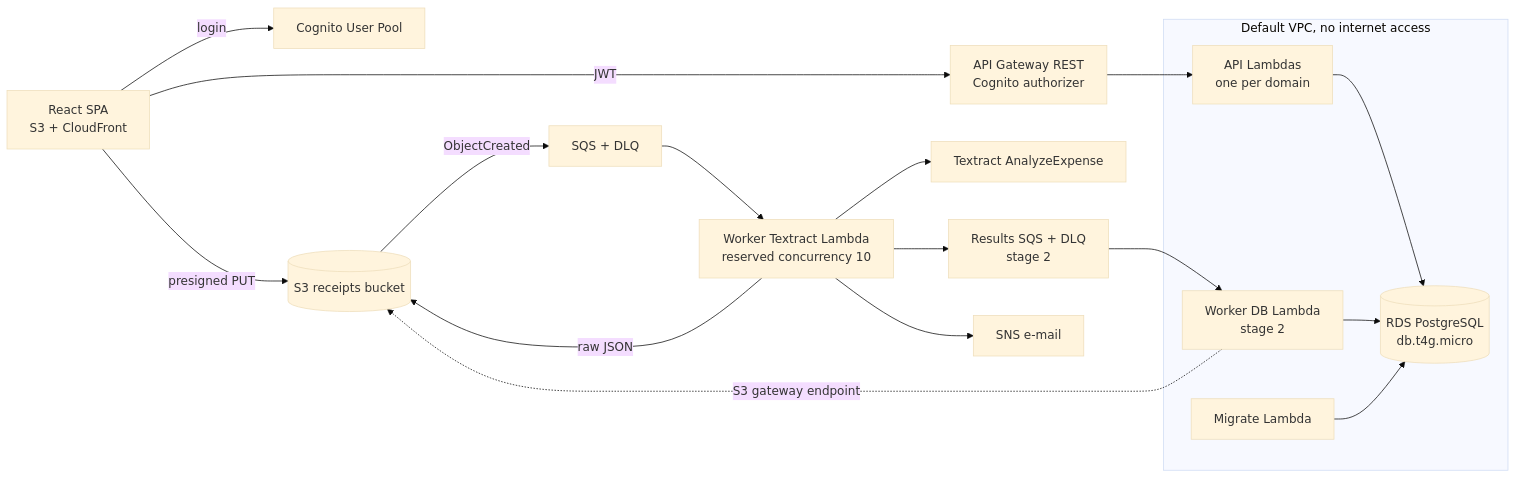
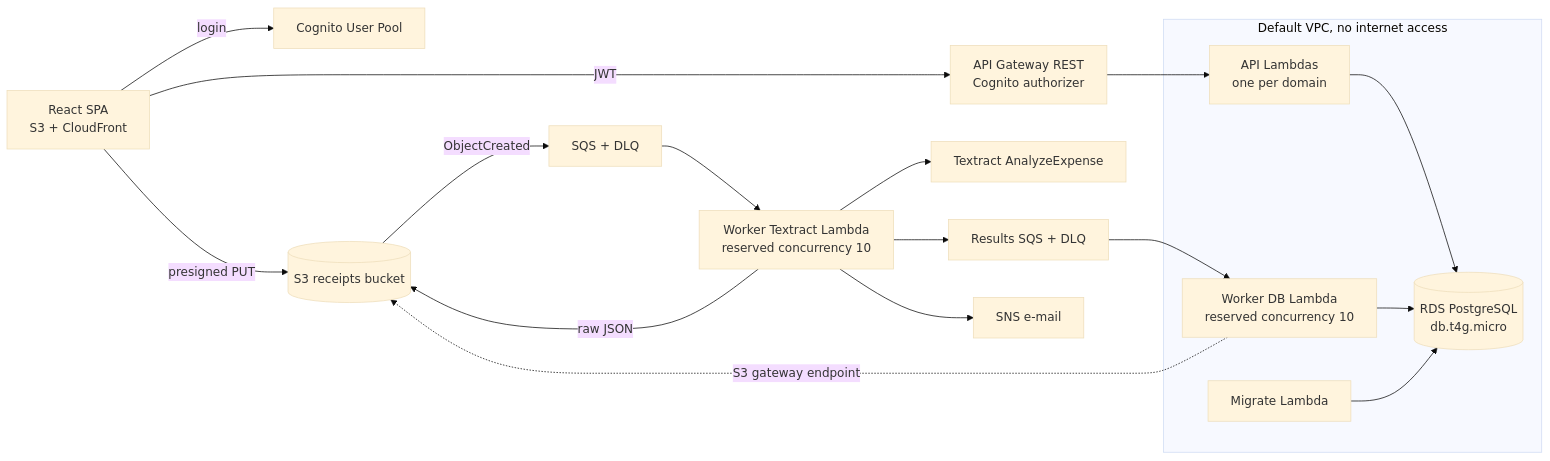
Before and after one commit to timonrieger/bonbon: the diagram in docs/architecture.md, drawn with Mermaid (base theme). The commit also changed other lines of this file and 3 other files, not shown here.

First line of the commit message:
docs: mark worker split stage 2 as scaffolded and update connection budget

````diff
--- a/docs/architecture.md
+++ b/docs/architecture.md
@@ -7,24 +7,24 @@
 ```mermaid
 flowchart LR
   web[React SPA<br/>S3 + CloudFront] -->|JWT| api[API Gateway REST<br/>Cognito authorizer]
   web -->|login| cognito[Cognito User Pool]
   web -->|presigned PUT| s3[(S3 receipts bucket)]
   s3 -->|ObjectCreated| sqs[SQS + DLQ]
   subgraph vpc[Default VPC, no internet access]
     fns[API Lambdas<br/>one per domain]
-    dbworker[Worker DB Lambda<br/>stage 2]
+    dbworker[Worker DB Lambda<br/>reserved concurrency 10]
     migrate[Migrate Lambda]
     rds[(RDS PostgreSQL<br/>db.t4g.micro)]
     fns --> rds
     dbworker --> rds
     migrate --> rds
   end
   api --> fns
   sqs --> worker[Worker Textract Lambda<br/>reserved concurrency 10]
   worker --> textract[Textract AnalyzeExpense]
   worker -->|raw JSON| s3
-  worker --> results[Results SQS + DLQ<br/>stage 2]
+  worker --> results[Results SQS + DLQ]
   results --> dbworker
   dbworker -.->|S3 gateway endpoint| s3
   worker --> sns[SNS e-mail]
 ```
````
